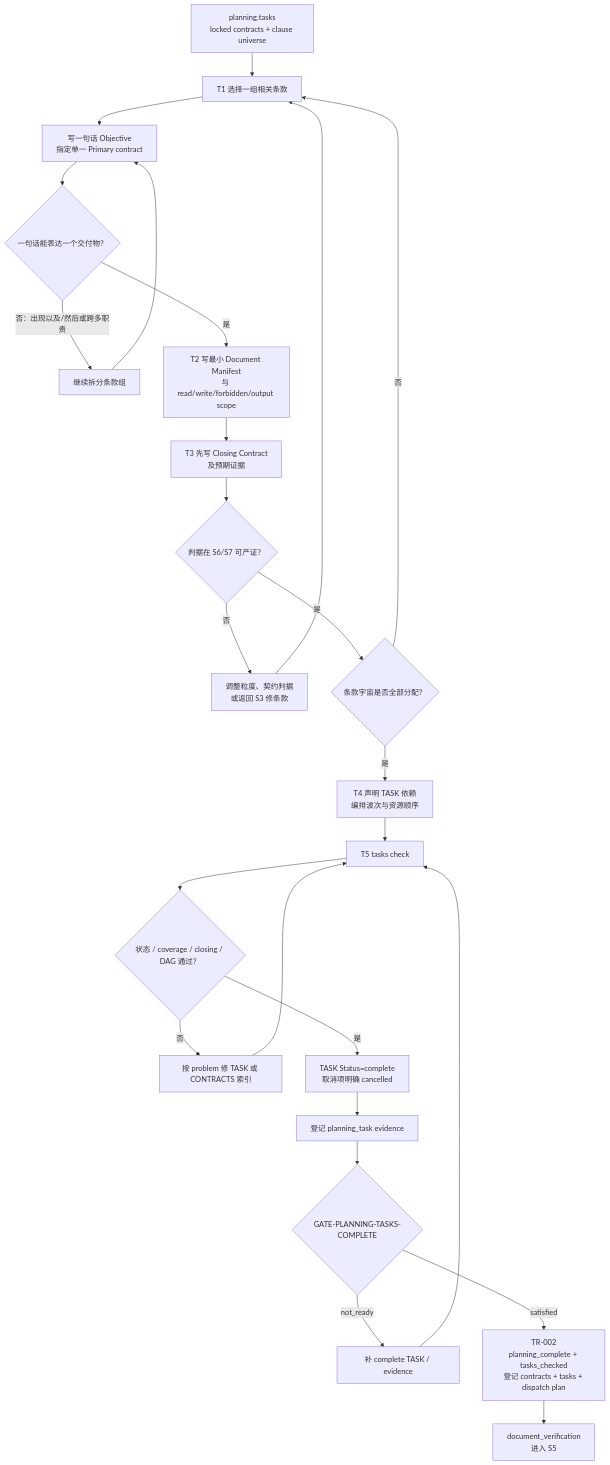
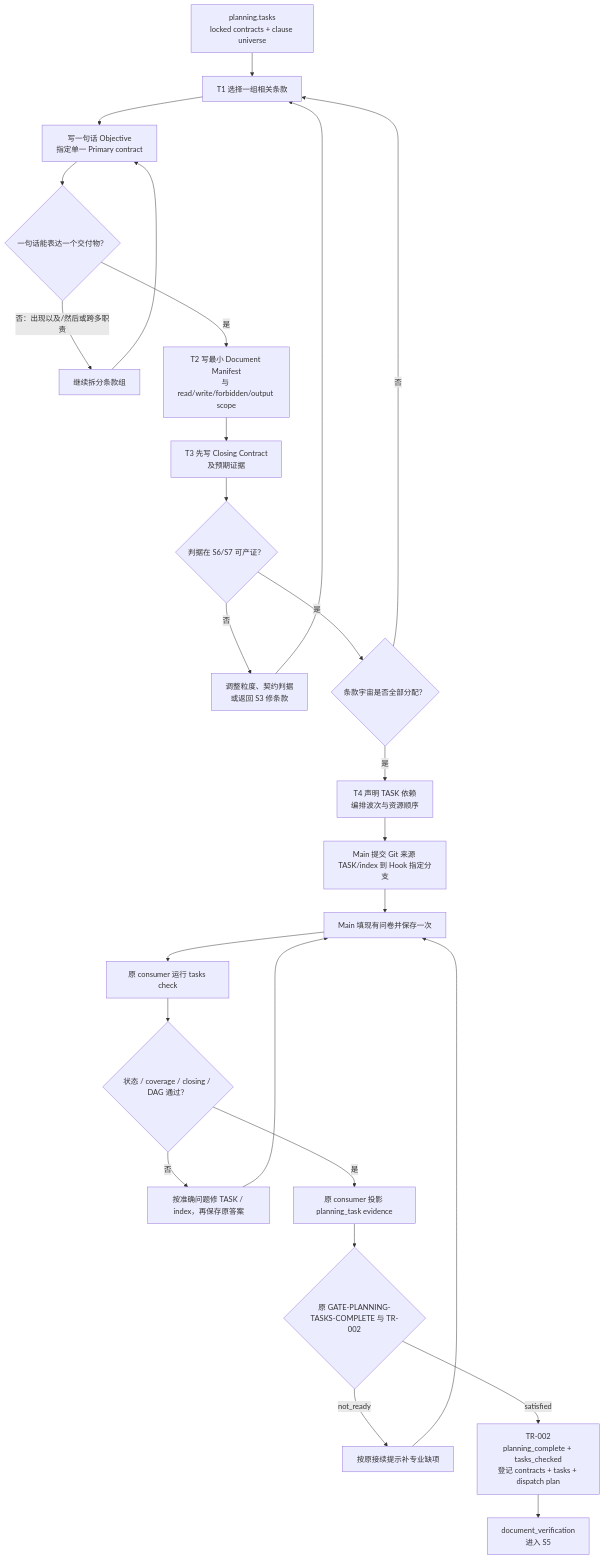
The second of 2 diagrams in blueprint/l3-stages/L3-S4-task-split.md (Sebs-Lee/go-system-builder), drawn with Mermaid before and after one commit. The commit also changed other lines of this file and 969 other files, not shown here.

````diff
--- a/blueprint/l3-stages/L3-S4-task-split.md
+++ b/blueprint/l3-stages/L3-S4-task-split.md
@@ -94,27 +120,28 @@
 ```mermaid
 flowchart TD
     IN["planning.tasks<br/>locked contracts + clause universe"] --> PICK["T1 选择一组相关条款"]
     PICK --> OBJ["写一句话 Objective<br/>指定单一 Primary contract"]
     OBJ --> ONE{"一句话能表达一个交付物？"}
     ONE -->|否：出现以及/然后或跨多职责| SPLIT["继续拆分条款组"]
     SPLIT --> OBJ
     ONE -->|是| SCOPE["T2 写最小 Document Manifest<br/>与 read/write/forbidden/output scope"]
     SCOPE --> CLOSE["T3 先写 Closing Contract<br/>及预期证据"]
     CLOSE --> TESTABLE{"判据在 S6/S7 可产证？"}
     TESTABLE -->|否| BACK["调整粒度、契约判据<br/>或返回 S3 修条款"]
     BACK --> PICK
     TESTABLE -->|是| MORE{"条款宇宙是否全部分配？"}
     MORE -->|否| PICK
     MORE -->|是| DAG["T4 声明 TASK 依赖<br/>编排波次与资源顺序"]
-    DAG --> CHECK["T5 tasks check"]
+    DAG --> COMMIT["Main 提交 Git 来源 TASK/index 到 Hook 指定分支"]
+    COMMIT --> SAVE["Main 填现有问卷并保存一次"]
+    SAVE --> CHECK["原 consumer 运行 tasks check"]
     CHECK --> PASS{"状态 / coverage / closing / DAG 通过？"}
-    PASS -->|否| FIX["按 problem 修 TASK 或 CONTRACTS 索引"]
-    FIX --> CHECK
-    PASS -->|是| COMPLETE["TASK Status=complete<br/>取消项明确 cancelled"]
-    COMPLETE --> EVID["登记 planning_task evidence"]
-    EVID --> GATE{"GATE-PLANNING-TASKS-COMPLETE"}
-    GATE -->|not_ready| FIXG["补 complete TASK / evidence"]
-    FIXG --> CHECK
+    PASS -->|否| FIX["按准确问题修 TASK / index，再保存原答案"]
+    FIX --> SAVE
+    PASS -->|是| EVID["原 consumer 投影 planning_task evidence"]
+    EVID --> GATE{"原 GATE-PLANNING-TASKS-COMPLETE 与 TR-002"}
+    GATE -->|not_ready| FIXG["按原接续提示补专业缺项"]
+    FIXG --> SAVE
     GATE -->|satisfied| TR["TR-002<br/>planning_complete + tasks_checked<br/>登记 contracts + tasks + dispatch plan"]
     TR --> S5["document_verification<br/>进入 S5"]
 ```
````
